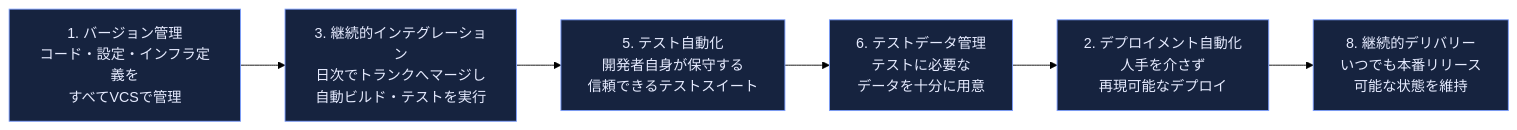
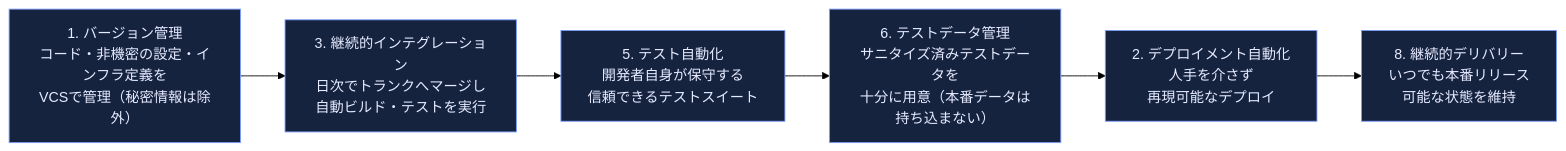
The sixth of 18 diagrams in Accelerate-lean-devops-guide.md (myoshi2891/Cloud-Infrastructure-Studies), drawn with Mermaid (forest theme) before and after one commit. The commit also changed other lines of this file and 3 other files, not shown here.

````diff
--- a/Accelerate-lean-devops-guide.md
+++ b/Accelerate-lean-devops-guide.md
@@ -270,12 +270,12 @@
 ```mermaid
 flowchart LR
-    VC["1. バージョン管理<br/>コード・設定・インフラ定義を<br/>すべてVCSで管理"] --> CI
+    VC["1. バージョン管理<br/>コード・非機密の設定・インフラ定義を<br/>VCSで管理（秘密情報は除外）"] --> CI
     CI["3. 継続的インテグレーション<br/>日次でトランクへマージし<br/>自動ビルド・テストを実行"] --> TA
     TA["5. テスト自動化<br/>開発者自身が保守する<br/>信頼できるテストスイート"] --> TDM
-    TDM["6. テストデータ管理<br/>テストに必要な<br/>データを十分に用意"] --> DA
+    TDM["6. テストデータ管理<br/>サニタイズ済みテストデータを<br/>十分に用意（本番データは持ち込まない）"] --> DA
     DA["2. デプロイメント自動化<br/>人手を介さず<br/>再現可能なデプロイ"] --> CD8
     CD8["8. 継続的デリバリー<br/>いつでも本番リリース<br/>可能な状態を維持"]
 
     classDef step fill:#16233f,stroke:#7c9eff,color:#e6ebff
     class VC,CI,TA,TDM,DA,CD8 step
 ```
````
